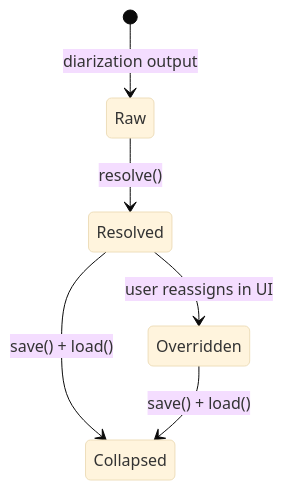
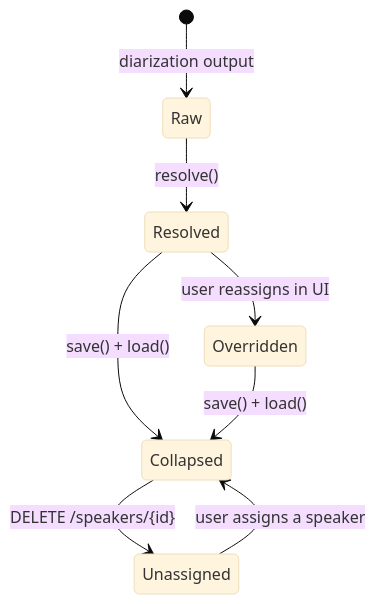
Before and after one commit to theoceankit/sonurus: the fourth of 4 diagrams in docs/docs/system/state-machine.md, drawn with Mermaid (base theme). The commit also changed other lines of this file and 5 other files, not shown here.

First line of the commit message:
docs: document the Speakers section and unassigned segments

````diff
--- a/docs/docs/system/state-machine.md
+++ b/docs/docs/system/state-machine.md
@@ -96,11 +96,14 @@
 ```mermaid
 stateDiagram-v2
     [*] --> Raw : diarization output
 
     Raw --> Resolved : resolve()
 
     Resolved --> Overridden : user reassigns in UI
 
     Resolved --> Collapsed : save() + load()
     Overridden --> Collapsed : save() + load()
+
+    Collapsed --> Unassigned : DELETE /speakers/{id}
+    Unassigned --> Collapsed : user assigns a speaker
 ```
````
